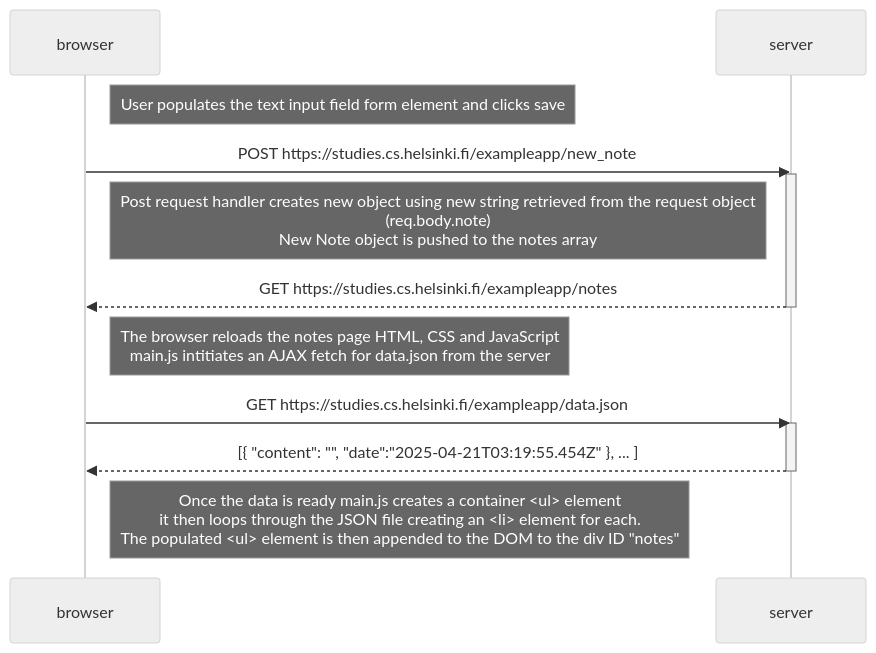
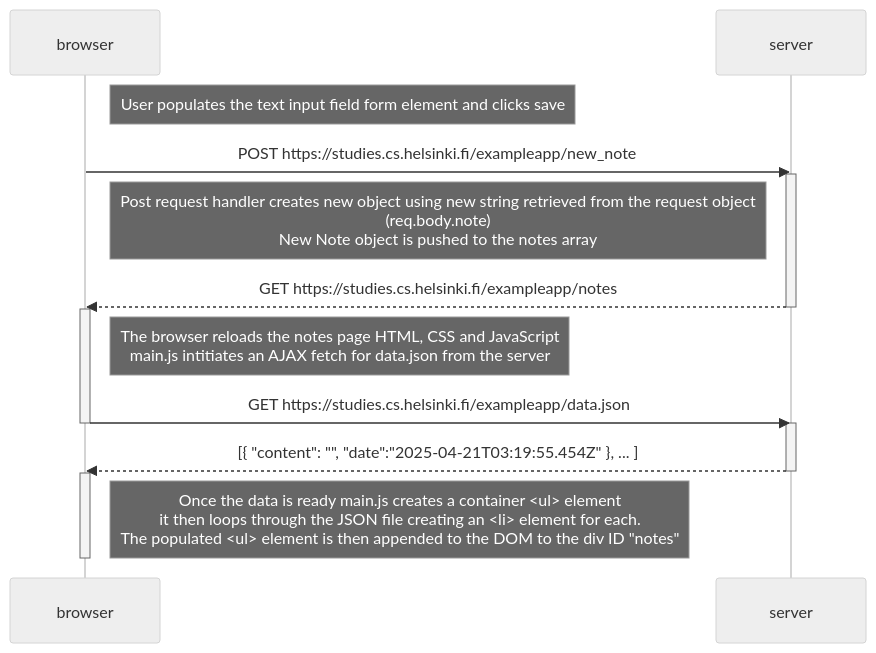
The diagram in part0/0.4.md (willloughlin-waywardatlas/full-stack-open), drawn with Mermaid (neutral theme) before and after one commit.

Commit message:
no message

````diff
--- a/part0/0.4.md
+++ b/part0/0.4.md
@@ -1,20 +1,24 @@
 ```mermaid
 sequenceDiagram
     participant browser
     participant server
 
     Note right of browser: User populates the text input field form element and clicks save
     browser->>server: POST https://studies.cs.helsinki.fi/exampleapp/new_note
     activate server
     Note left of server: Post request handler creates new object using new string retrieved from the request object <br>(req.body.note)<br>New Note object is pushed to the notes array
     server-->>browser: GET https://studies.cs.helsinki.fi/exampleapp/notes
     deactivate server
+    activate browser
     Note right of browser: The browser reloads the notes page HTML, CSS and JavaScript <br> main.js intitiates an AJAX fetch for data.json from the server
-
     browser->>server: GET https://studies.cs.helsinki.fi/exampleapp/data.json
+    deactivate browser
     activate server
     server-->>browser: [{ "content": "", "date":"2025-04-21T03:19:55.454Z" }, ... ]
     deactivate server
 
+    activate browser
     Note right of browser: Once the data is ready main.js creates a container <ul> element <br> it then loops through the JSON file creating an <li> element for each.<br>The populated <ul> element is then appended to the DOM to the div ID "notes"
+    deactivate browser
+
 ```
````
